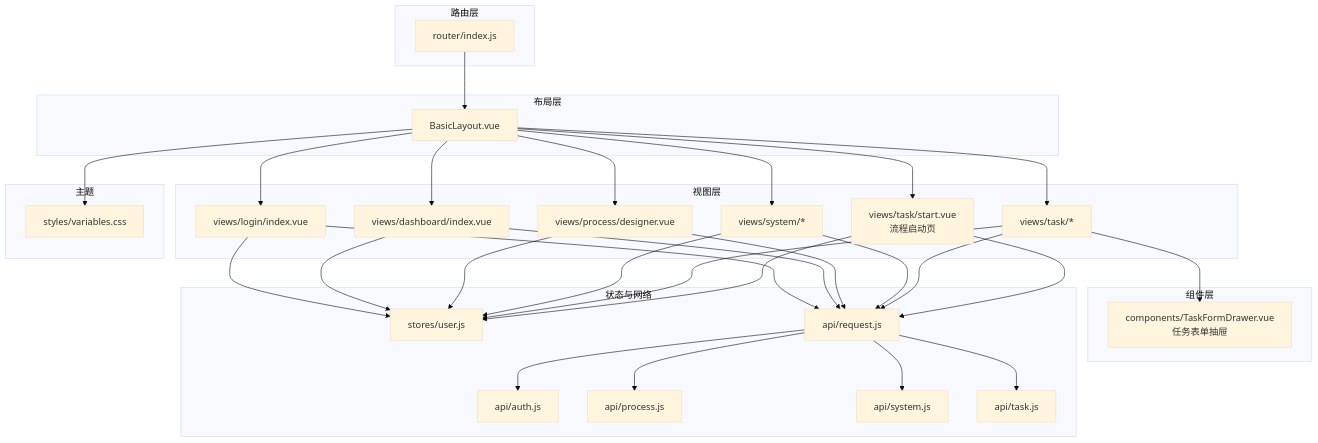
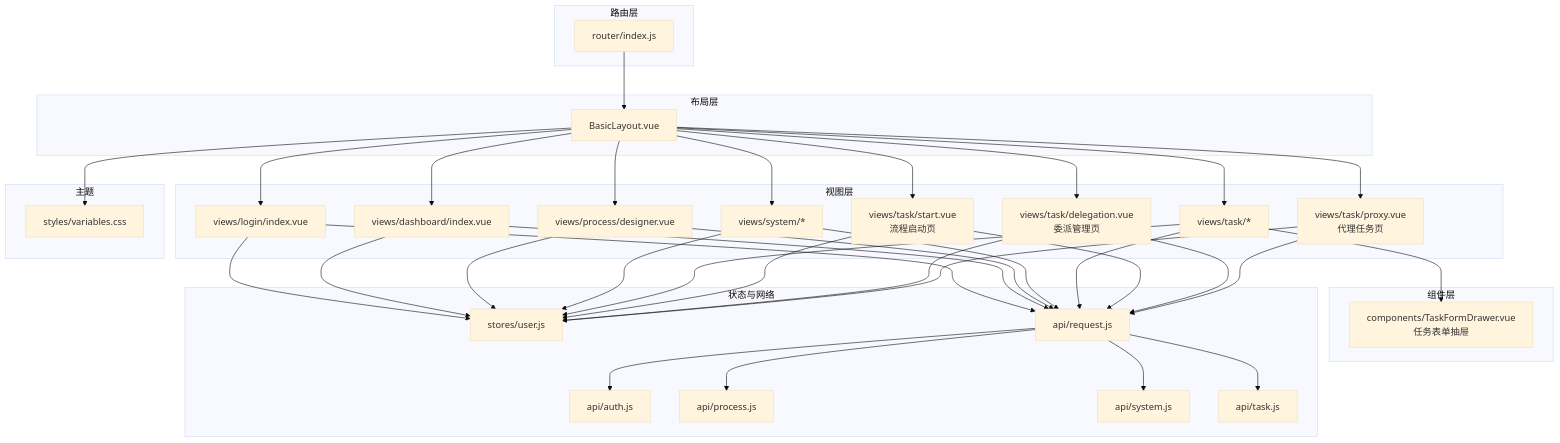
One commit to liming-lihaini/workflow changed the second of 13 diagrams in .qoder/repowiki/zh/content/用户界面设计/用户界面设计.md. Above: the diagram before and after it, drawn with Mermaid (base theme). The commit also changed other lines of this file and 27 other files, not shown here.

````diff
--- a/.qoder/repowiki/zh/content/用户界面设计/用户界面设计.md
+++ b/.qoder/repowiki/zh/content/用户界面设计/用户界面设计.md
@@ -146,56 +151,64 @@
 ```mermaid
 graph TB
 subgraph "布局层"
 L1["BasicLayout.vue"]
 end
 subgraph "路由层"
 R1["router/index.js"]
 end
 subgraph "视图层"
 V1["views/login/index.vue"]
 V2["views/dashboard/index.vue"]
 V3["views/process/designer.vue"]
 V4["views/system/*"]
 V5["views/task/*"]
 V5a["views/task/start.vue<br/>流程启动页"]
+V5b["views/task/delegation.vue<br/>委派管理页"]
+V5c["views/task/proxy.vue<br/>代理任务页"]
 end
 subgraph "组件层"
 C1["components/TaskFormDrawer.vue<br/>任务表单抽屉"]
 end
 subgraph "状态与网络"
 S1["stores/user.js"]
 N1["api/request.js"]
 N2["api/auth.js"]
 N3["api/process.js"]
 N4["api/system.js"]
 N5["api/task.js"]
 end
 subgraph "主题"
 T1["styles/variables.css"]
 end
 R1 --> L1
 L1 --> V1
 L1 --> V2
 L1 --> V3
 L1 --> V4
 L1 --> V5
 L1 --> V5a
+L1 --> V5b
+L1 --> V5c
 V5 --> C1
 V1 --> S1
 V2 --> S1
 V3 --> S1
 V4 --> S1
 V5 --> S1
 V5a --> S1
+V5b --> S1
+V5c --> S1
 V1 --> N1
 V2 --> N1
 V3 --> N1
 V4 --> N1
 V5 --> N1
 V5a --> N1
+V5b --> N1
+V5c --> N1
 N1 --> N2
 N1 --> N3
 N1 --> N4
 N1 --> N5
 L1 --> T1
 ```
````
